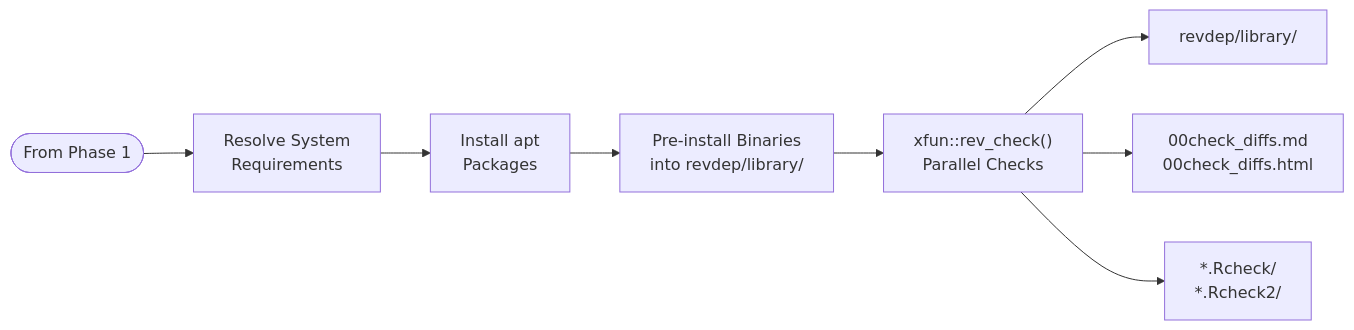
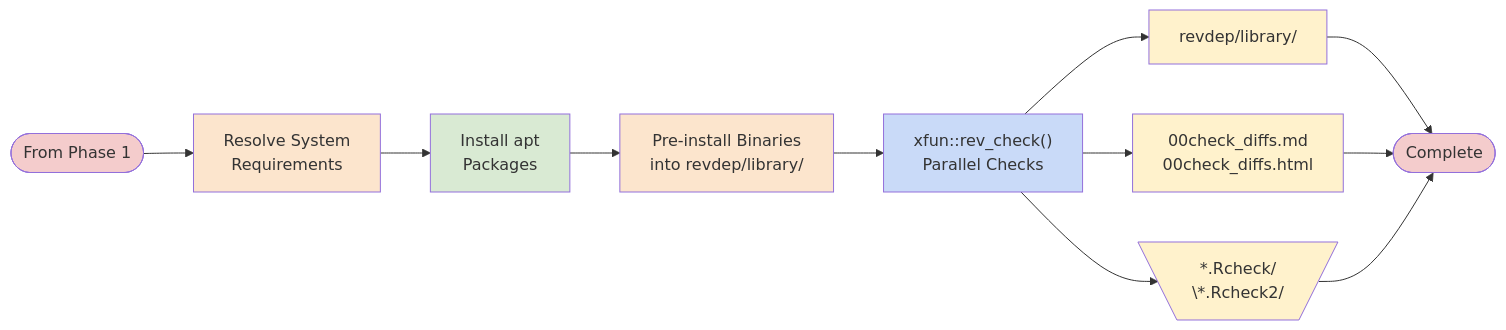
Before and after one commit to nanxstats/revdeprun: the second of 2 diagrams in docs/design/workflow.md, drawn with Mermaid. The commit also changed other lines of this file, not shown here.

Commit message:
Improve workflow diagrams in docs with color palette

````diff
--- a/docs/design/workflow.md
+++ b/docs/design/workflow.md
@@ -40,11 +51,25 @@
 ```mermaid
 flowchart LR
     Start([From Phase 1]) --> ResolveSys[Resolve System<br/>Requirements]
     ResolveSys --> InstallSys[Install apt<br/>Packages]
     InstallSys --> PreInstall[Pre-install Binaries<br/>into revdep/library/]
     PreInstall --> RunCheck[xfun::rev_check#40;#41;<br/>Parallel Checks]
 
     RunCheck --> Output1[revdep/library/]
     RunCheck --> Output2[00check_diffs.md<br/>00check_diffs.html]
-    RunCheck --> Output3[*.Rcheck/<br/>*.Rcheck2/]
+    RunCheck --> Output3[\*.Rcheck/<br/>\*.Rcheck2//]
+
+    Output1 --> End([Complete])
+    Output2 --> End
+    Output3 --> End
+
+    style Start fill:#f4cccc
+    style End fill:#f4cccc
+    style ResolveSys fill:#fce5cd
+    style InstallSys fill:#d9ead3
+    style PreInstall fill:#fce5cd
+    style RunCheck fill:#c9daf8
+    style Output1 fill:#fff2cc
+    style Output2 fill:#fff2cc
+    style Output3 fill:#fff2cc
 ```
````
